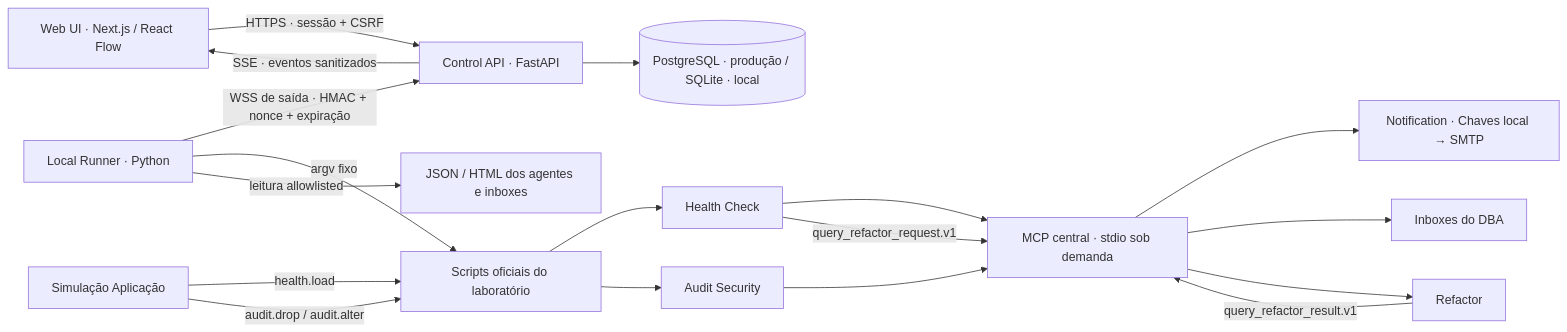
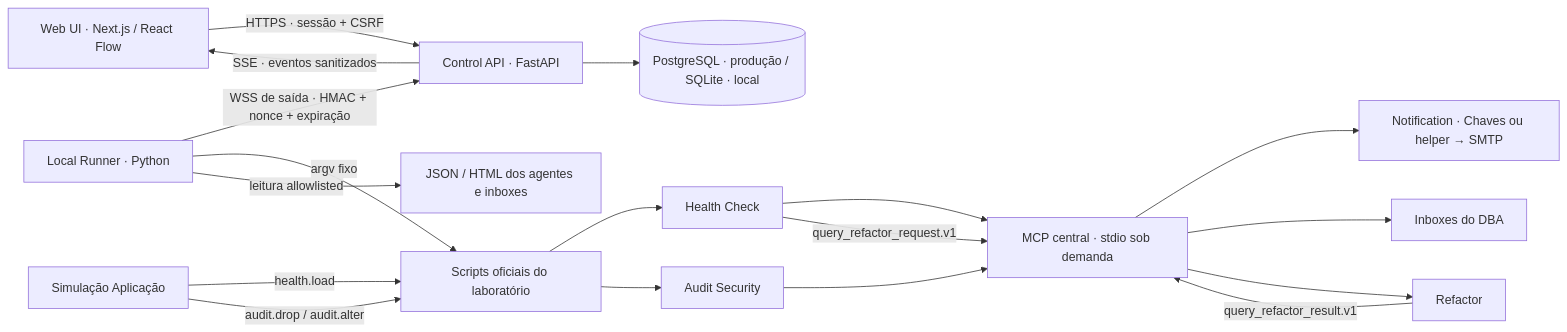
The diagram in apps/lab-console/README.md (erikgama/agent-monitoring-db), drawn with Mermaid before and after one commit. The commit also changed other lines of this file and 24 other files, not shown here.

````diff
--- a/apps/lab-console/README.md
+++ b/apps/lab-console/README.md
@@ -102,20 +103,20 @@
 ```mermaid
 flowchart LR
   Browser[Web UI · Next.js / React Flow] -->|HTTPS · sessão + CSRF| API[Control API · FastAPI]
   API --> DB[(PostgreSQL · produção / SQLite · local)]
   API -->|SSE · eventos sanitizados| Browser
   Runner[Local Runner · Python] -->|WSS de saída · HMAC + nonce + expiração| API
   Runner -->|argv fixo| Scripts[Scripts oficiais do laboratório]
   Simulation[Simulação Aplicação] -->|health.load| Scripts
   Simulation -->|audit.drop / audit.alter| Scripts
   Scripts --> Health[Health Check]
   Scripts --> Audit[Audit Security]
   Health --> MCP[MCP central · stdio sob demanda]
   Audit --> MCP
-  MCP --> Notification[Notification · Chaves local → SMTP]
+  MCP --> Notification[Notification · Chaves ou helper → SMTP]
   MCP --> DBA[Inboxes do DBA]
   Runner -->|leitura allowlisted| Reports[JSON / HTML dos agentes e inboxes]
   Health -->|query_refactor_request.v1| MCP
   MCP --> Refactor[Refactor]
   Refactor -->|query_refactor_result.v1| MCP
 ```
````
